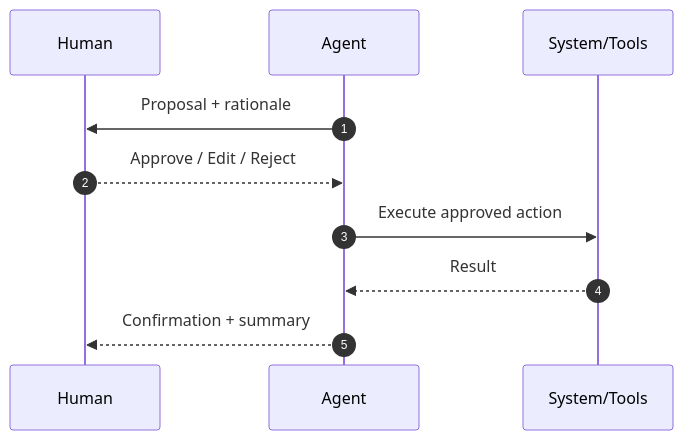
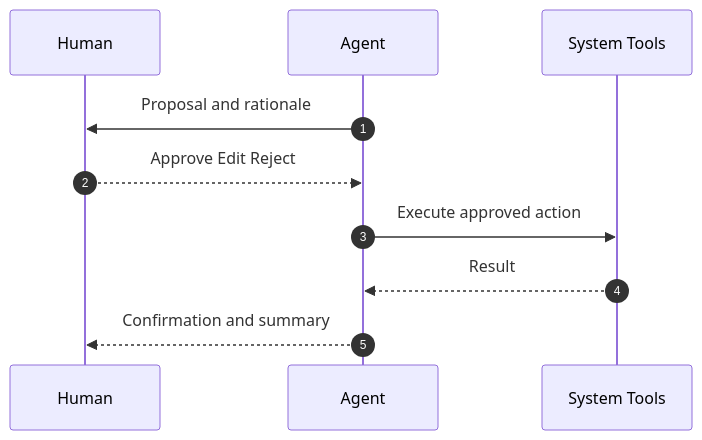
One commit to tonyjosephsebastians/AI-Design-patterns changed diagram 13 of 21 in Agentic_Design_Patterns_21_Patterns_Guide.md. Above: the diagram before and after it, drawn with Mermaid. The commit also changed other lines of this file, not shown here.

````diff
--- a/Agentic_Design_Patterns_21_Patterns_Guide.md
+++ b/Agentic_Design_Patterns_21_Patterns_Guide.md
@@ -503,12 +503,12 @@
 ```mermaid
 sequenceDiagram
 autonumber
 participant U as Human
 participant A as Agent
-participant S as System/Tools
-A->>U: Proposal + rationale
-U-->>A: Approve / Edit / Reject
+participant S as System Tools
+A->>U: Proposal and rationale
+U-->>A: Approve Edit Reject
 A->>S: Execute approved action
 S-->>A: Result
-A-->>U: Confirmation + summary
+A-->>U: Confirmation and summary
 ```
````
